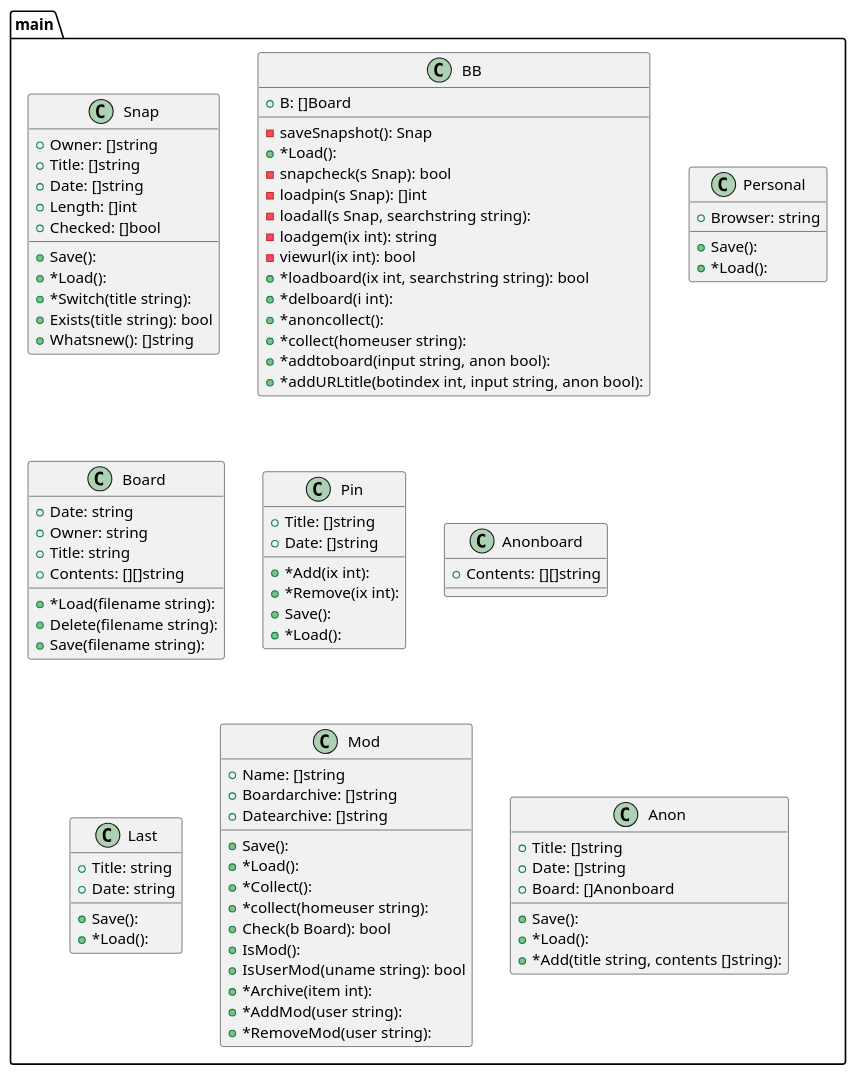
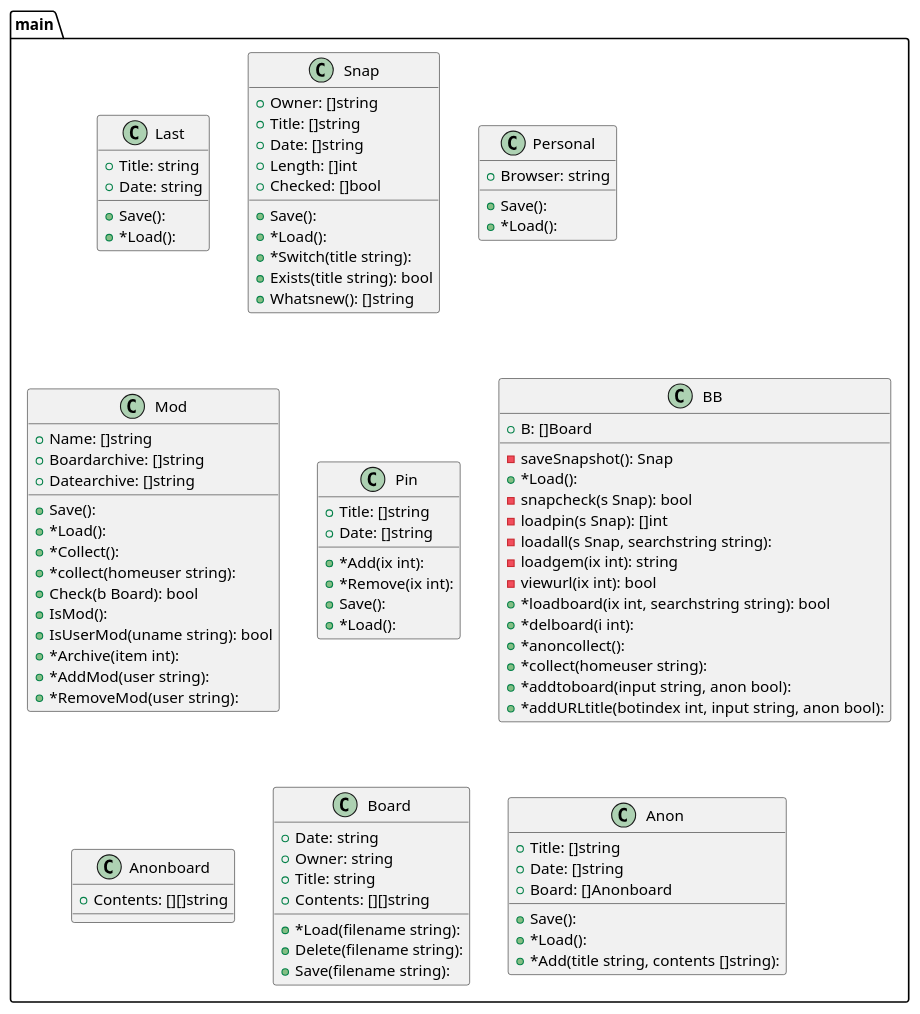
The diagram in graph.puml (tbal999/bb), drawn with PlantUML before and after one commit. The commit also changed other lines of this file and 1 other file, not shown here.

```diff
--- a/graph.puml
+++ b/graph.puml
@@ -1,104 +1,104 @@
 @startuml
+package ...main{
+class Last {
++Title: string
++Date: string
++Save(): 
++*Load(): 
+}
+}
 package ...main{
 class Snap {
 +Owner: []string
 +Title: []string
 +Date: []string
 +Length: []int
 +Checked: []bool
 +Save(): 
 +*Load(): 
 +*Switch(title string): 
 +Exists(title string): bool
 +Whatsnew(): []string
 }
 }
 package ...main{
-class BB {
-+B: []Board
--saveSnapshot(): Snap
-+*Load(): 
--snapcheck(s Snap): bool
--loadpin(s Snap): []int
--loadall(s Snap, searchstring string): 
--loadgem(ix int): string
--viewurl(ix int): bool
-+*loadboard(ix int, searchstring string): bool
-+*delboard(i int): 
-+*anoncollect(): 
-+*collect(homeuser string): 
-+*addtoboard(input string, anon bool): 
-+*addURLtitle(botindex int, input string, anon bool): 
-}
-}
-package ...main{
 class Personal {
 +Browser: string
-+Save(): 
-+*Load(): 
-}
-}
-package ...main{
-class Board {
-+Date: string
-+Owner: string
-+Title: string
-+Contents: [][]string
-+*Load(filename string): 
-+Delete(filename string): 
-+Save(filename string): 
-}
-}
-package ...main{
-class Pin {
-+Title: []string
-+Date: []string
-+*Add(ix int): 
-+*Remove(ix int): 
-+Save(): 
-+*Load(): 
-}
-}
-package ...main{
-class Anonboard {
-+Contents: [][]string
-
-}
-}
-package ...main{
-class Last {
-+Title: string
-+Date: string
 +Save(): 
 +*Load(): 
 }
 }
 package ...main{
 class Mod {
 +Name: []string
 +Boardarchive: []string
 +Datearchive: []string
 +Save(): 
 +*Load(): 
 +*Collect(): 
 +*collect(homeuser string): 
 +Check(b Board): bool
 +IsMod(): 
 +IsUserMod(uname string): bool
 +*Archive(item int): 
 +*AddMod(user string): 
 +*RemoveMod(user string): 
 }
 }
 package ...main{
+class Pin {
++Title: []string
++Date: []string
++*Add(ix int): 
++*Remove(ix int): 
++Save(): 
++*Load(): 
+}
+}
+package ...main{
+class BB {
++B: []Board
+-saveSnapshot(): Snap
++*Load(): 
+-snapcheck(s Snap): bool
+-loadpin(s Snap): []int
+-loadall(s Snap, searchstring string): 
+-loadgem(ix int): string
+-viewurl(ix int): bool
++*loadboard(ix int, searchstring string): bool
++*delboard(i int): 
++*anoncollect(): 
++*collect(homeuser string): 
++*addtoboard(input string, anon bool): 
++*addURLtitle(botindex int, input string, anon bool): 
+}
+}
+package ...main{
+class Anonboard {
++Contents: [][]string
+
+}
+}
+package ...main{
+class Board {
++Date: string
++Owner: string
++Title: string
++Contents: [][]string
++*Load(filename string): 
++Delete(filename string): 
++Save(filename string): 
+}
+}
+package ...main{
 class Anon {
 +Title: []string
 +Date: []string
 +Board: []Anonboard
 +Save(): 
 +*Load(): 
 +*Add(title string, contents []string): 
 }
 }
 
 @enduml
```
